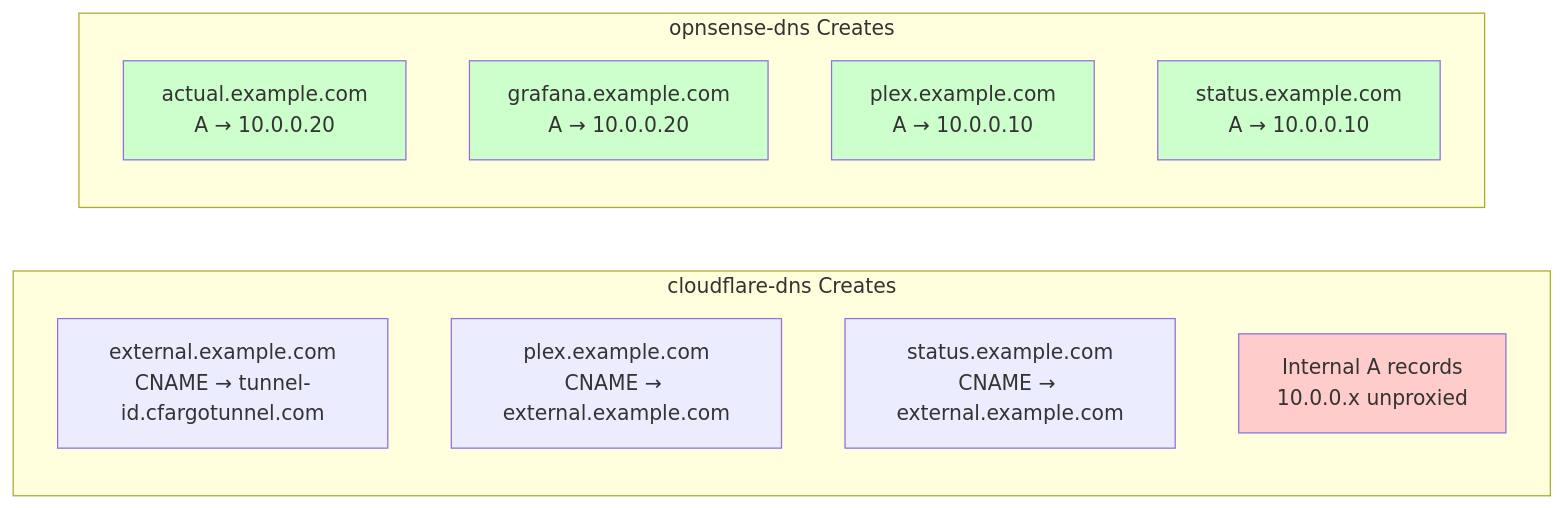
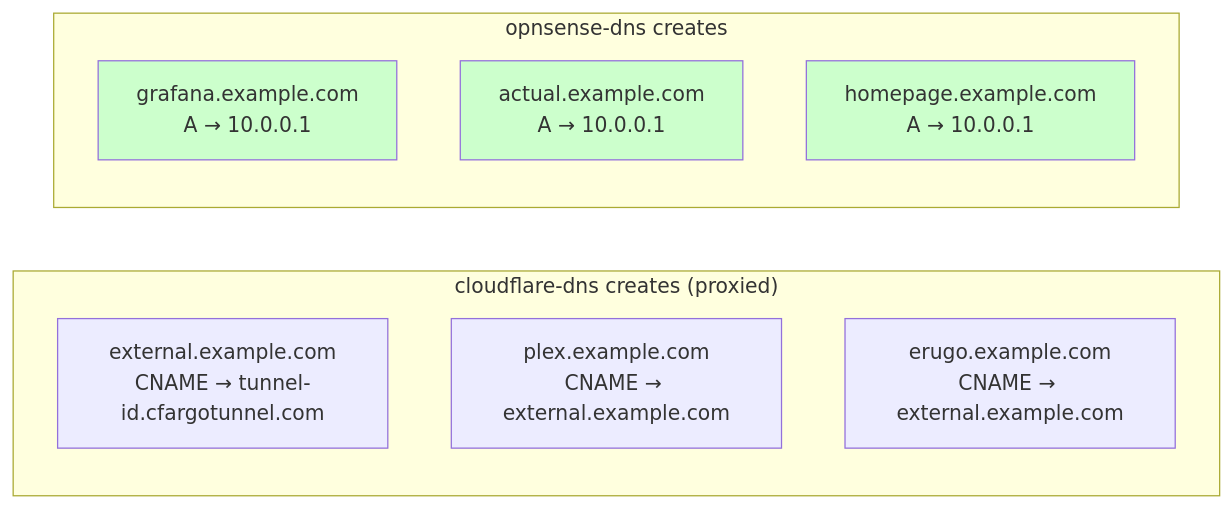
Before and after one commit to LukeEvansTech/talos-cluster: the fifth of 6 diagrams in docs/docs/architecture/split-dns.md, drawn with Mermaid. The commit also changed other lines of this file and 28 other files, not shown here.

````diff
--- a/docs/docs/architecture/split-dns.md
+++ b/docs/docs/architecture/split-dns.md
@@ -293,22 +255,18 @@
 ```mermaid
 graph LR
-    subgraph "cloudflare-dns Creates"
+    subgraph "cloudflare-dns creates (proxied)"
         CF1[external.example.com<br/>CNAME → tunnel-id.cfargotunnel.com]
         CF2[plex.example.com<br/>CNAME → external.example.com]
-        CF3[status.example.com<br/>CNAME → external.example.com]
-        CF4[Internal A records<br/>10.0.0.x unproxied]
+        CF3[erugo.example.com<br/>CNAME → external.example.com]
     end
 
-    subgraph "opnsense-dns Creates"
-        OPN1[actual.example.com<br/>A → 10.0.0.20]
-        OPN2[grafana.example.com<br/>A → 10.0.0.20]
-        OPN3[plex.example.com<br/>A → 10.0.0.10]
-        OPN4[status.example.com<br/>A → 10.0.0.10]
+    subgraph "opnsense-dns creates"
+        OPN1[grafana.example.com<br/>A → 10.0.0.1]
+        OPN2[actual.example.com<br/>A → 10.0.0.1]
+        OPN3[homepage.example.com<br/>A → 10.0.0.1]
     end
 
-    style CF4 fill:#ffcccc
     style OPN1 fill:#ccffcc
     style OPN2 fill:#ccffcc
     style OPN3 fill:#ccffcc
-    style OPN4 fill:#ccffcc
 ```
````
